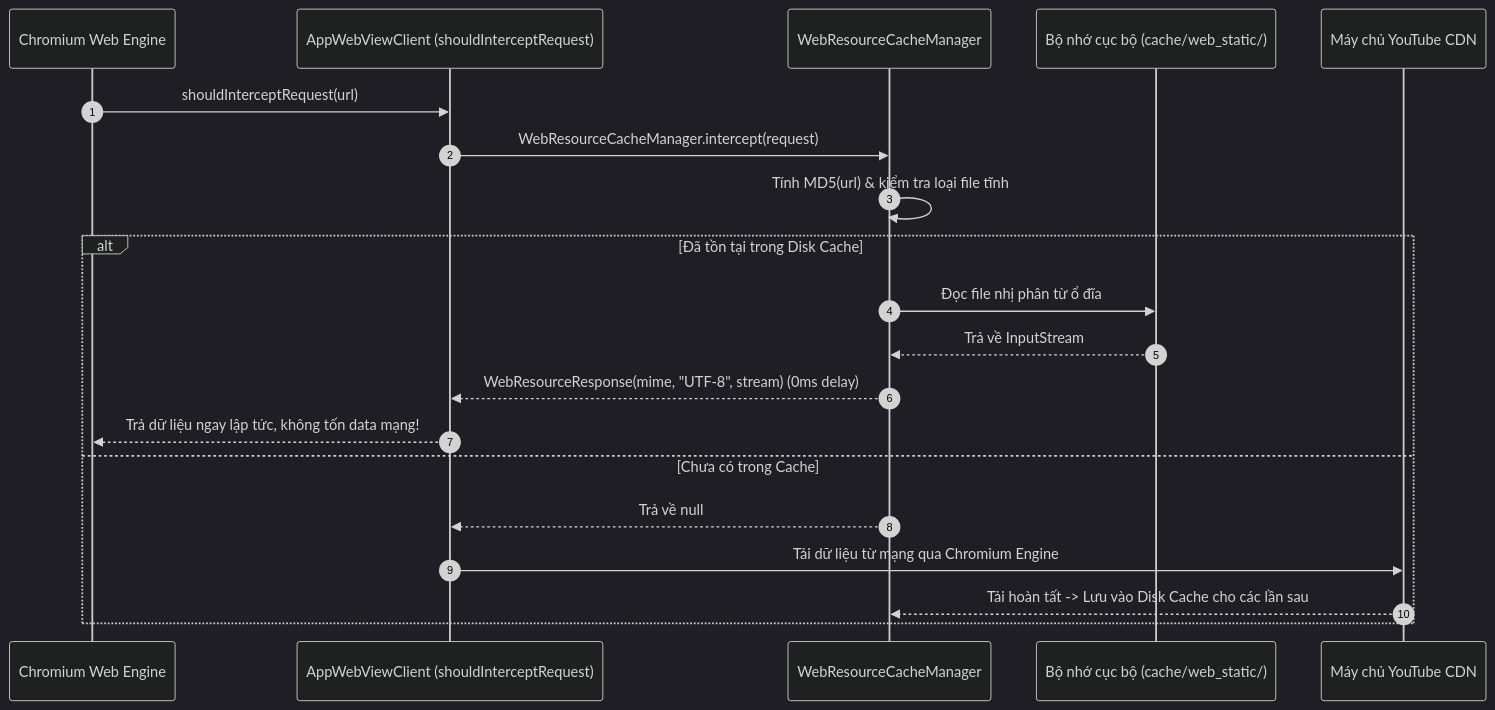
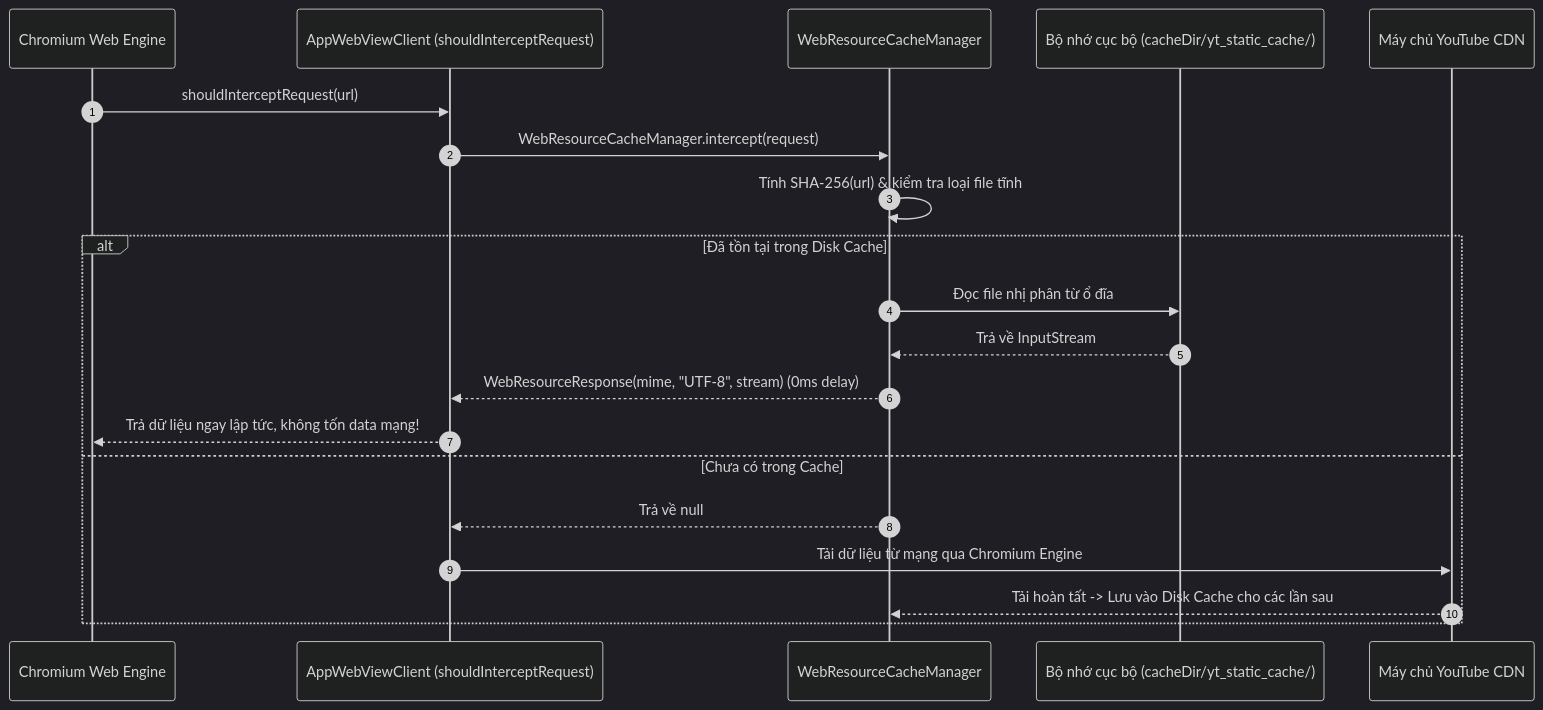
Before and after one commit to Kaziike/yt-wa: the fourth of 4 diagrams in docs/DATA_FLOW.md, drawn with Mermaid (dark theme). The commit also changed 48 other files, not shown here.

Commit message:
refactor: modularize architecture, harden security/cache/adblock, and optimize scriptlets

````diff
--- a/docs/DATA_FLOW.md
+++ b/docs/DATA_FLOW.md
@@ -110,23 +110,23 @@
 ```mermaid
 sequenceDiagram
     autonumber
     participant WebView as Chromium Web Engine
     participant Client as AppWebViewClient (shouldInterceptRequest)
     participant CacheMgr as WebResourceCacheManager
-    participant Disk as Bộ nhớ cục bộ (cache/web_static/)
+    participant Disk as Bộ nhớ cục bộ (cacheDir/yt_static_cache/)
     participant Network as Máy chủ YouTube CDN
 
     WebView->>Client: shouldInterceptRequest(url)
     Client->>CacheMgr: WebResourceCacheManager.intercept(request)
-    CacheMgr->>CacheMgr: Tính MD5(url) & kiểm tra loại file tĩnh
+    CacheMgr->>CacheMgr: Tính SHA-256(url) & kiểm tra loại file tĩnh
     alt Đã tồn tại trong Disk Cache
         CacheMgr->>Disk: Đọc file nhị phân từ ổ đĩa
         Disk-->>CacheMgr: Trả về InputStream
         CacheMgr-->>Client: WebResourceResponse(mime, "UTF-8", stream) (0ms delay)
         Client-->>WebView: Trả dữ liệu ngay lập tức, không tốn data mạng!
     else Chưa có trong Cache
         CacheMgr-->>Client: Trả về null
         Client->>Network: Tải dữ liệu từ mạng qua Chromium Engine
         Network-->>CacheMgr: Tải hoàn tất -> Lưu vào Disk Cache cho các lần sau
     end
 ```
````
